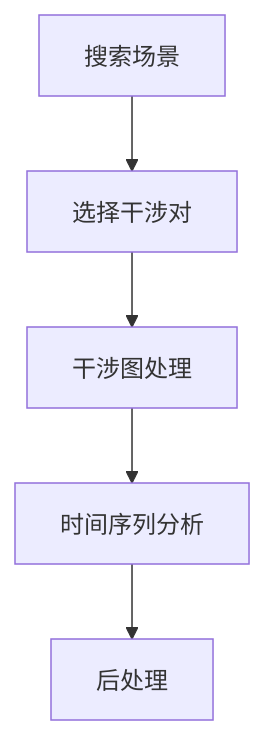
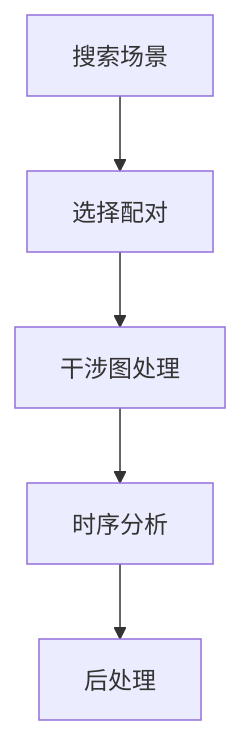
One commit to jldz9/InSARHub changed the diagram in docs/quickstart/cli.zh.md. Above: the diagram before and after it, drawn with Mermaid. The commit also changed other lines of this file and 161 other files, not shown here.

````diff
--- a/docs/quickstart/cli.zh.md
+++ b/docs/quickstart/cli.zh.md
@@ -19,12 +12,12 @@
 ```mermaid
 graph
-    A[搜索场景] --> B[选择干涉对];
+    A[搜索场景] --> B[选择配对];
     B --> C[干涉图处理];
-    C --> D[时间序列分析];
+    C --> D[时序分析];
     D --> E[后处理];
-    click A "#downloader" "insarhub downloader"
-    click B "#pair-selection" "insarhub downloader --select-pairs"
-    click C "#submit" "insarhub processor submit"
-    click D "#analyzer" "insarhub analyzer run"
-    click E "#utils" "insarhub utils"
+    click A "../../advanced/cli_reference/#downloader" "insarhub downloader"
+    click B "../../advanced/cli_reference/#pair-selection" "insarhub downloader --select-pairs"
+    click C "../../advanced/cli_reference/#processor" "insarhub processor submit"
+    click D "../../advanced/cli_reference/#analyzer" "insarhub analyzer run"
+    click E "../../advanced/cli_reference/#utils" "insarhub utils"
 ```
````
